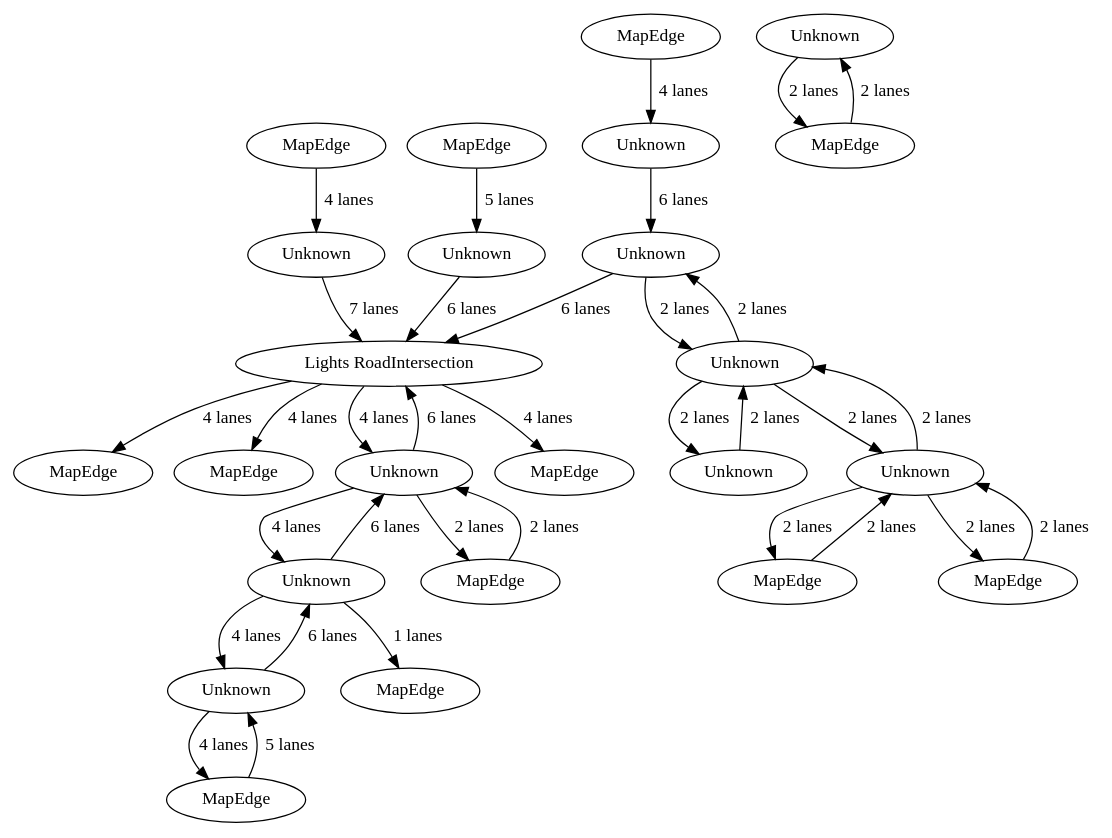
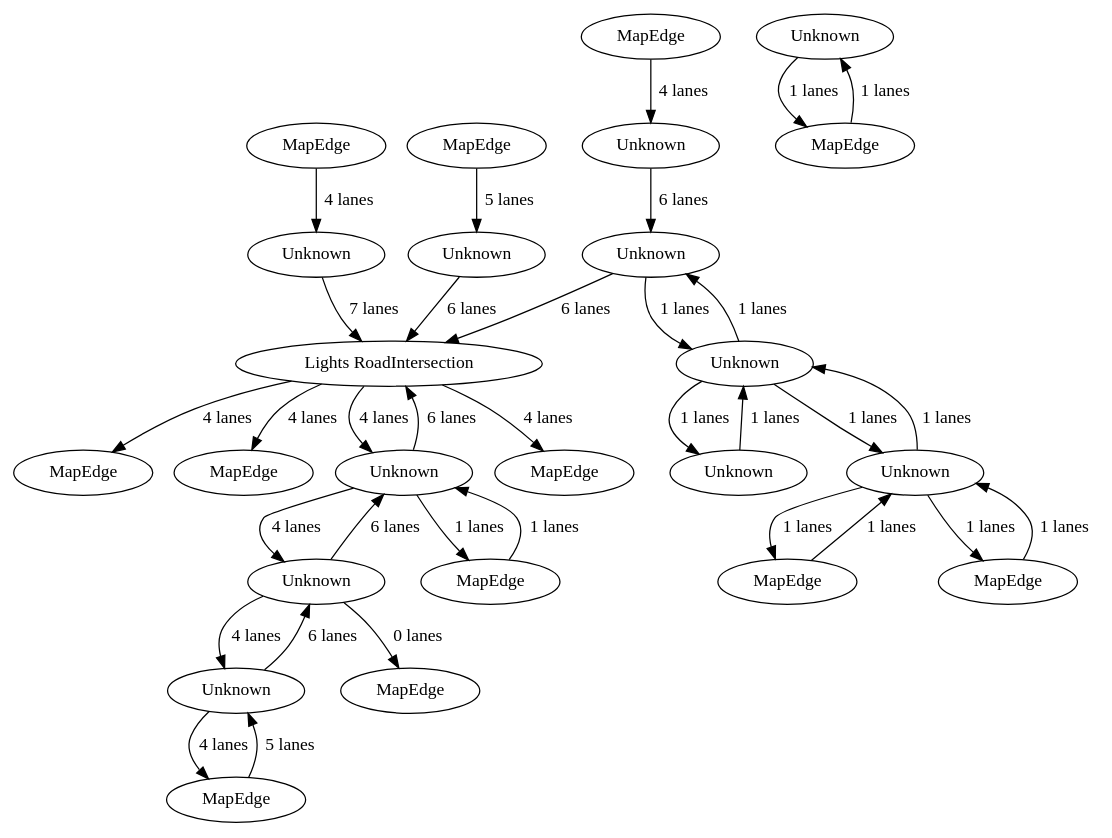
The diagram in src/tempe_split/road_network.dot (a-b-street/osm2streets), drawn with Graphviz before and after one commit. The commit also changed 13 other files, not shown here.

```diff
--- a/src/tempe_split/road_network.dot
+++ b/src/tempe_split/road_network.dot
@@ -1,59 +1,59 @@
 digraph {
     0 [ label = "MapEdge" ]
     1 [ label = "MapEdge" ]
     2 [ label = "MapEdge" ]
     3 [ label = "Lights RoadIntersection" ]
     4 [ label = "MapEdge" ]
     5 [ label = "Unknown" ]
     6 [ label = "Unknown" ]
     7 [ label = "MapEdge" ]
     8 [ label = "MapEdge" ]
     9 [ label = "Unknown" ]
     10 [ label = "Unknown" ]
     11 [ label = "Unknown" ]
     12 [ label = "Unknown" ]
     13 [ label = "MapEdge" ]
     14 [ label = "MapEdge" ]
     15 [ label = "MapEdge" ]
     16 [ label = "Unknown" ]
     17 [ label = "Unknown" ]
     18 [ label = "Unknown" ]
     19 [ label = "MapEdge" ]
     20 [ label = "Unknown" ]
     21 [ label = "Unknown" ]
     22 [ label = "MapEdge" ]
     23 [ label = "MapEdge" ]
     3 -> 23 [ label = "4 lanes" ]
     3 -> 7 [ label = "4 lanes" ]
     5 -> 3 [ label = "6 lanes" ]
     0 -> 6 [ label = "4 lanes" ]
     6 -> 3 [ label = "7 lanes" ]
     11 -> 12 [ label = "6 lanes" ]
     12 -> 3 [ label = "6 lanes" ]
     9 -> 8 [ label = "4 lanes" ]
     8 -> 9 [ label = "5 lanes" ]
     3 -> 18 [ label = "4 lanes" ]
     18 -> 3 [ label = "6 lanes" ]
     10 -> 9 [ label = "4 lanes" ]
     9 -> 10 [ label = "6 lanes" ]
     18 -> 10 [ label = "4 lanes" ]
     10 -> 18 [ label = "6 lanes" ]
     3 -> 1 [ label = "4 lanes" ]
     2 -> 11 [ label = "4 lanes" ]
-    12 -> 16 [ label = "2 lanes" ]
-    16 -> 12 [ label = "2 lanes" ]
-    16 -> 20 [ label = "2 lanes" ]
-    20 -> 16 [ label = "2 lanes" ]
-    20 -> 13 [ label = "2 lanes" ]
-    13 -> 20 [ label = "2 lanes" ]
-    10 -> 14 [ label = "1 lanes" ]
-    15 -> 18 [ label = "2 lanes" ]
-    18 -> 15 [ label = "2 lanes" ]
-    17 -> 16 [ label = "2 lanes" ]
-    16 -> 17 [ label = "2 lanes" ]
-    19 -> 20 [ label = "2 lanes" ]
-    20 -> 19 [ label = "2 lanes" ]
-    22 -> 21 [ label = "2 lanes" ]
-    21 -> 22 [ label = "2 lanes" ]
+    12 -> 16 [ label = "1 lanes" ]
+    16 -> 12 [ label = "1 lanes" ]
+    16 -> 20 [ label = "1 lanes" ]
+    20 -> 16 [ label = "1 lanes" ]
+    20 -> 13 [ label = "1 lanes" ]
+    13 -> 20 [ label = "1 lanes" ]
+    10 -> 14 [ label = "0 lanes" ]
+    15 -> 18 [ label = "1 lanes" ]
+    18 -> 15 [ label = "1 lanes" ]
+    17 -> 16 [ label = "1 lanes" ]
+    16 -> 17 [ label = "1 lanes" ]
+    19 -> 20 [ label = "1 lanes" ]
+    20 -> 19 [ label = "1 lanes" ]
+    22 -> 21 [ label = "1 lanes" ]
+    21 -> 22 [ label = "1 lanes" ]
     4 -> 5 [ label = "5 lanes" ]
 }
```
